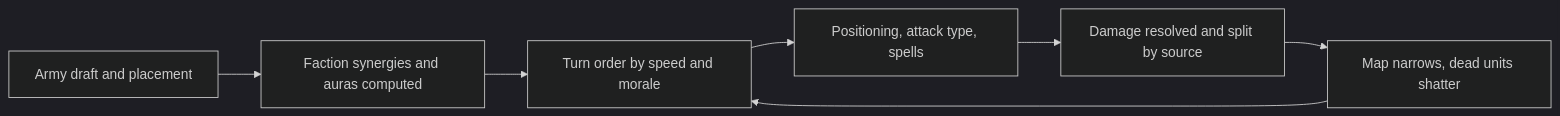
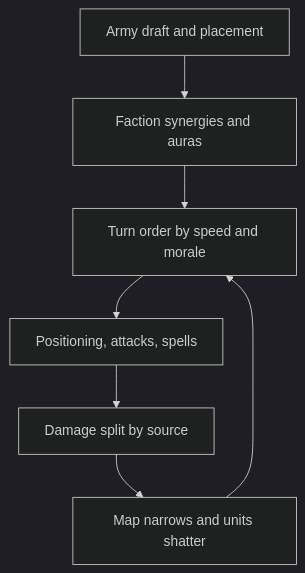
The diagram in site/src/content/blog/2026-06-20-why-a-browser-tactics-game.md (o1dstaRs/heroes-of-crypto-client), drawn with Mermaid (dark theme) before and after one commit. The commit also changed 16 other files, not shown here.

````diff
--- a/site/src/content/blog/2026-06-20-why-a-browser-tactics-game.md
+++ b/site/src/content/blog/2026-06-20-why-a-browser-tactics-game.md
@@ -53,9 +53,9 @@
 ```mermaid
-flowchart LR
-    A[Army draft and placement] --> B[Faction synergies and auras computed]
+flowchart TD
+    A[Army draft and placement] --> B[Faction synergies and auras]
     B --> C[Turn order by speed and morale]
-    C --> D[Positioning, attack type, spells]
-    D --> E[Damage resolved and split by source]
-    E --> F[Map narrows, dead units shatter]
+    C --> D[Positioning, attacks, spells]
+    D --> E[Damage split by source]
+    E --> F[Map narrows and units shatter]
     F --> C
 ```
````
